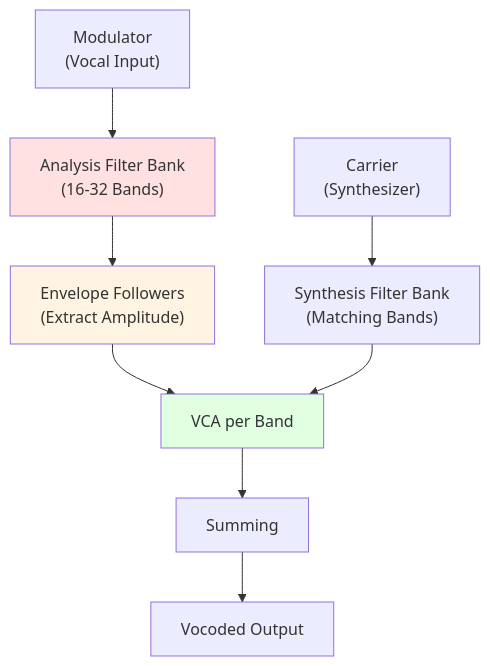
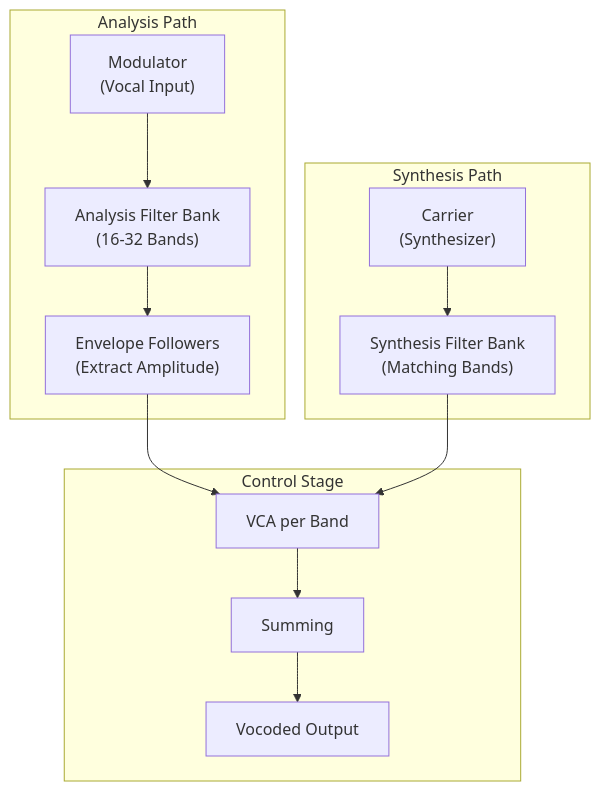
Before and after one commit to blebleblee/synapse: the seventh of 7 diagrams in topics/arts/music_performance/vocals/labs.md, drawn with Mermaid. The commit also changed other lines of this file and 4 other files, not shown here.

````diff
--- a/topics/arts/music_performance/vocals/labs.md
+++ b/topics/arts/music_performance/vocals/labs.md
@@ -1023,14 +1156,27 @@
 ```mermaid
 graph TD
-    A["Modulator<br/>(Vocal Input)"] --> B["Analysis Filter Bank<br/>(16-32 Bands)"]
-    C["Carrier<br/>(Synthesizer)"] --> D["Synthesis Filter Bank<br/>(Matching Bands)"]
-    B --> E["Envelope Followers<br/>(Extract Amplitude)"]
-    E --> F["VCA per Band"]
+    subgraph sub_analysis ["Analysis Path"]
+        A["Modulator<br/>(Vocal Input)"]
+        B["Analysis Filter Bank<br/>(16-32 Bands)"]
+        E["Envelope Followers<br/>(Extract Amplitude)"]
+    end
+    
+    subgraph sub_synthesis ["Synthesis Path"]
+        C["Carrier<br/>(Synthesizer)"]
+        D["Synthesis Filter Bank<br/>(Matching Bands)"]
+    end
+    
+    subgraph sub_vca ["Control Stage"]
+        F["VCA per Band"]
+        G["Summing"]
+        H["Vocoded Output"]
+    end
+    
+    A --> B
+    B --> E
+    C --> D
+    E --> F
     D --> F
-    F --> G["Summing"]
-    G --> H["Vocoded Output"]
-    
-    style B fill:#ffe1e1
-    style E fill:#fff4e1
-    style F fill:#e1ffe1
+    F --> G
+    G --> H
 ```
````
